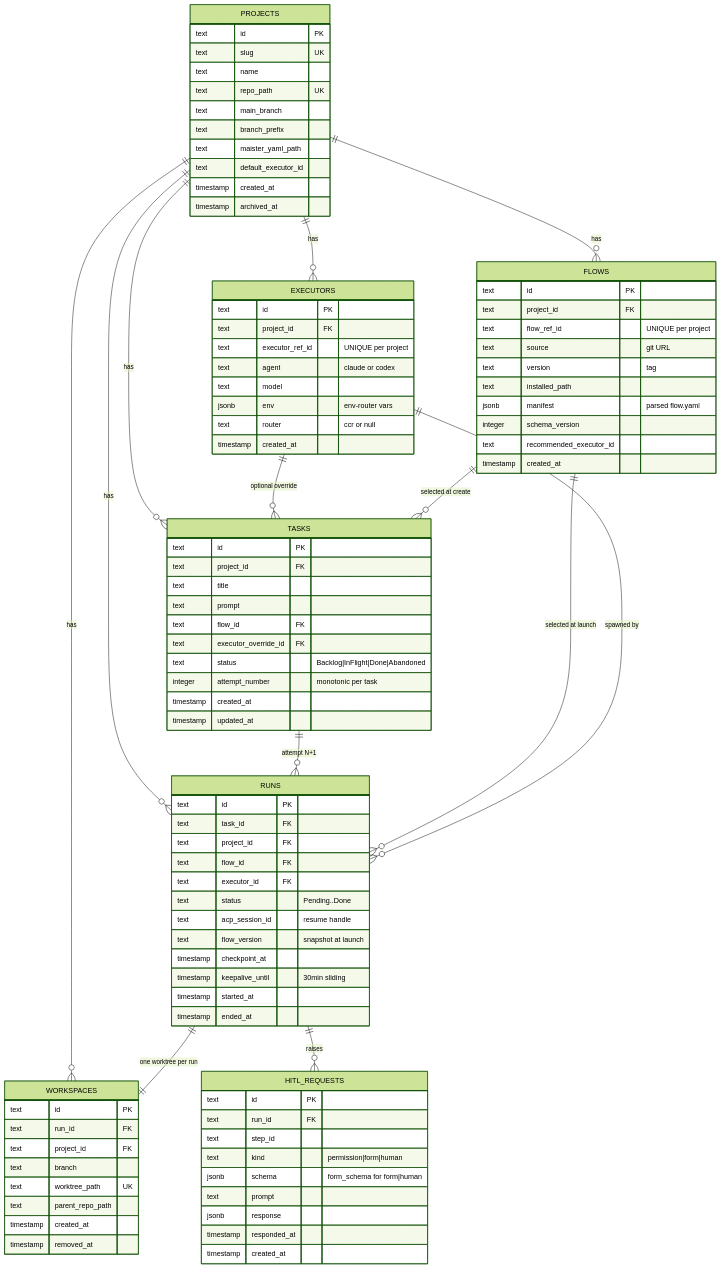
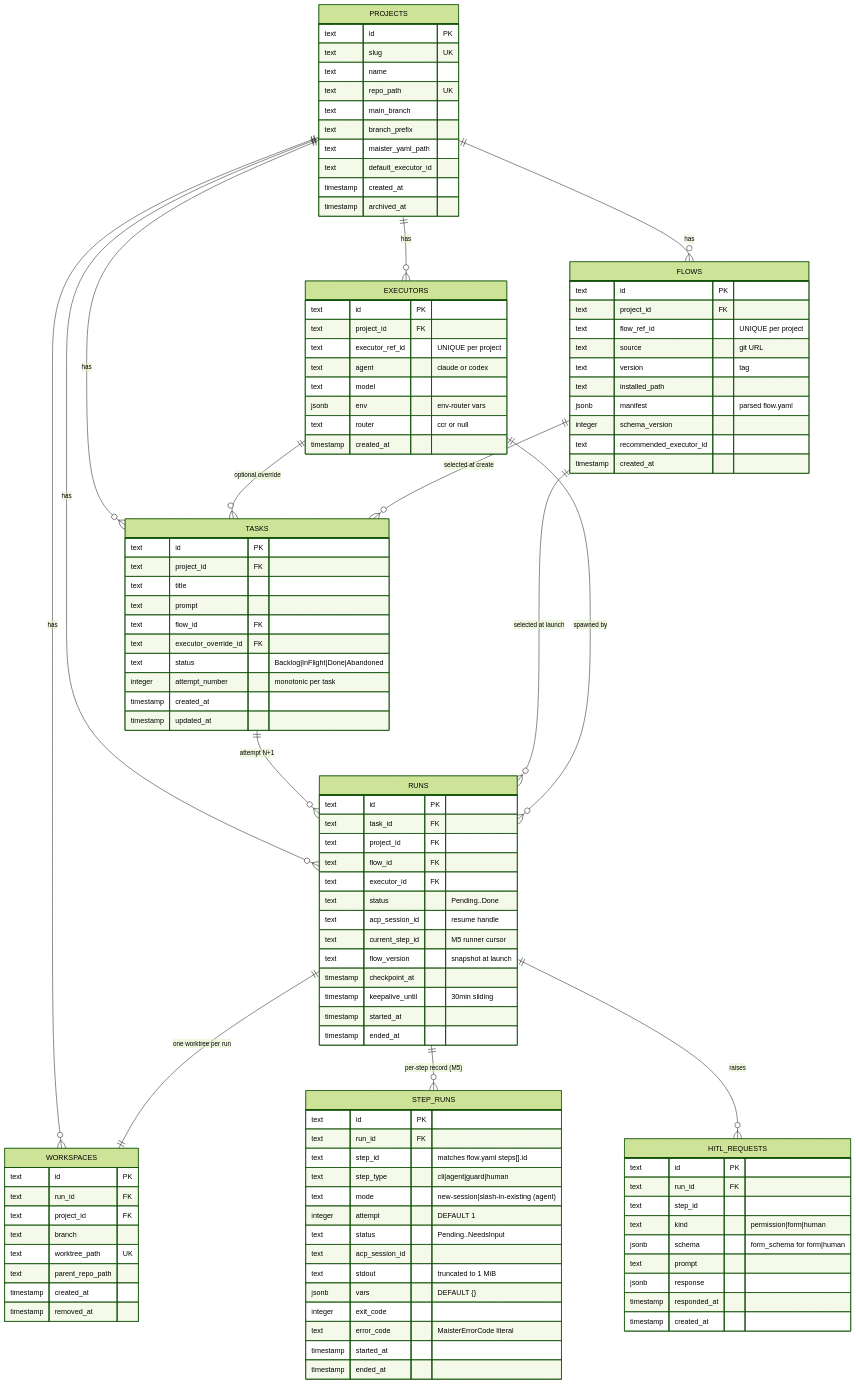
Before and after one commit to maister-dev/maister: the diagram in docs/db/erd.md, drawn with Mermaid (forest theme). The commit also changed other lines of this file and 7 other files, not shown here.

First line of the commit message:
fix(flows): address adversarial-review findings — worktree ownership, cap race, slash session cleanup, worktree-add ordering, DB spec drift

```diff
--- a/docs/db/erd.md
+++ b/docs/db/erd.md
@@ -19,6 +19,7 @@
     FLOWS ||--o{ TASKS : "selected at create"
 
     RUNS ||--|| WORKSPACES : "one worktree per run"
+    RUNS ||--o{ STEP_RUNS : "per-step record (M5)"
     RUNS ||--o{ HITL_REQUESTS : raises
 
     PROJECTS {
@@ -79,6 +80,7 @@
         text executor_id FK
         text status "Pending..Done"
         text acp_session_id "resume handle"
+        text current_step_id "M5 runner cursor"
         text flow_version "snapshot at launch"
         timestamp checkpoint_at
         timestamp keepalive_until "30min sliding"
@@ -97,6 +99,23 @@
         timestamp removed_at
     }
 
+    STEP_RUNS {
+        text id PK
+        text run_id FK
+        text step_id "matches flow.yaml steps[].id"
+        text step_type "cli|agent|guard|human"
+        text mode "new-session|slash-in-existing (agent)"
+        integer attempt "DEFAULT 1"
+        text status "Pending..NeedsInput"
+        text acp_session_id
+        text stdout "truncated to 1 MiB"
+        jsonb vars "DEFAULT {}"
+        integer exit_code
+        text error_code "MaisterErrorCode literal"
+        timestamp started_at
+        timestamp ended_at
+    }
+
     HITL_REQUESTS {
         text id PK
         text run_id FK
```
